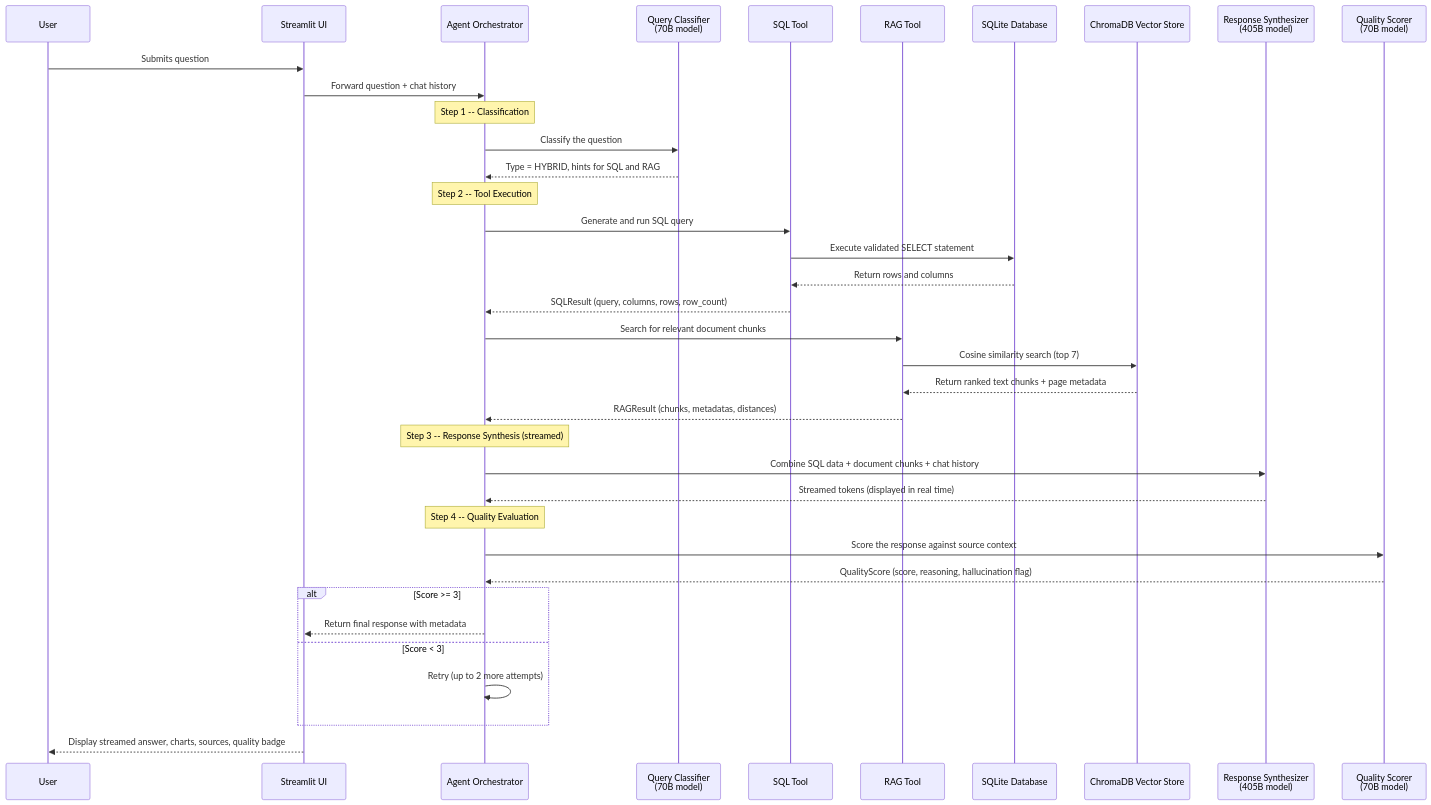
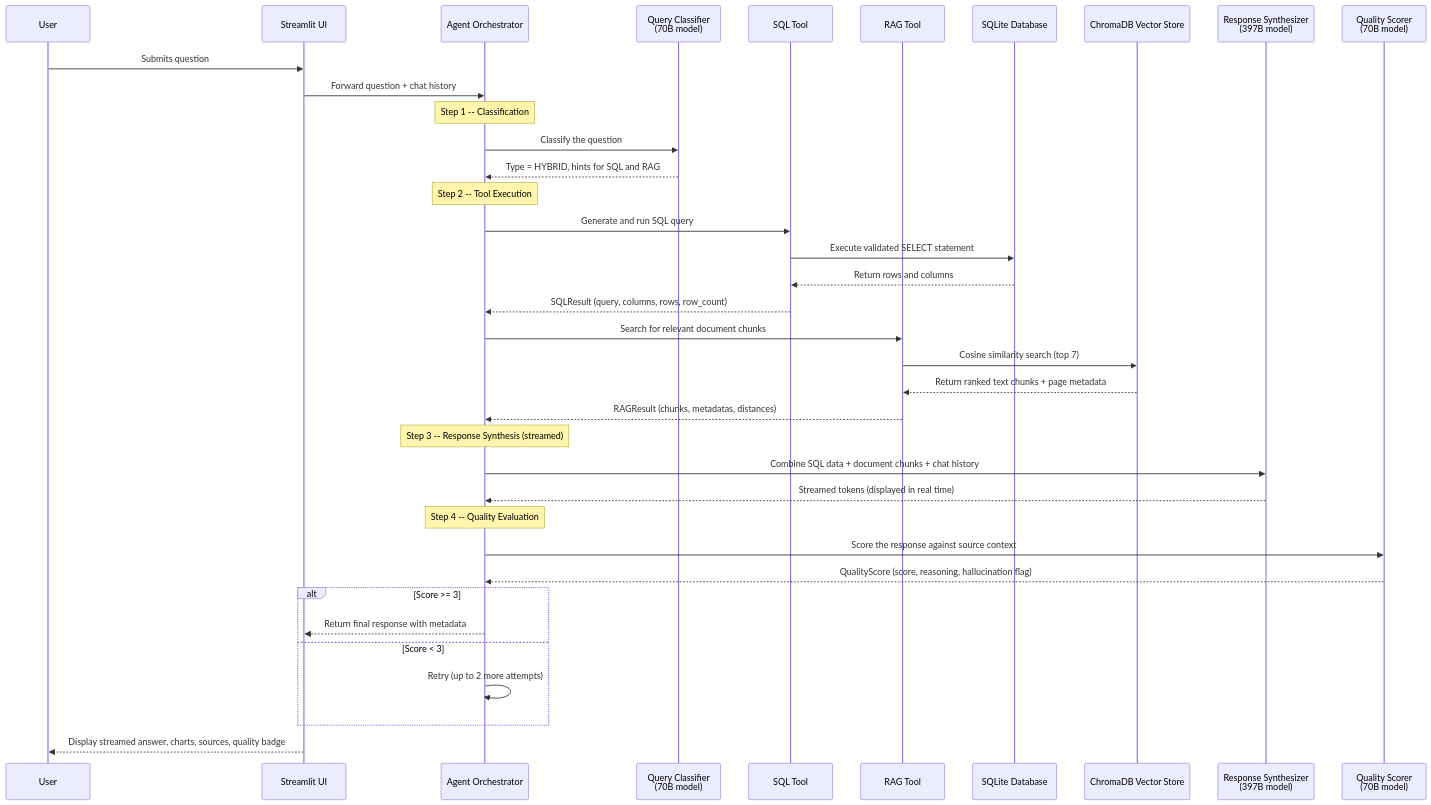
One commit to corneliusjustin/fraud-qna-chatbot changed the second of 2 diagrams in README.md. Above: the diagram before and after it, drawn with Mermaid. The commit also changed other lines of this file, not shown here.

Commit message:
chore: update model

````diff
--- a/README.md
+++ b/README.md
@@ -64,47 +64,47 @@
 ```mermaid
 sequenceDiagram
     participant User
     participant Streamlit as Streamlit UI
     participant Agent as Agent Orchestrator
     participant Classifier as Query Classifier<br/>(70B model)
     participant SQL as SQL Tool
     participant RAG as RAG Tool
     participant DB as SQLite Database
     participant VS as ChromaDB Vector Store
-    participant Synth as Response Synthesizer<br/>(405B model)
+    participant Synth as Response Synthesizer<br/>(397B model)
     participant Scorer as Quality Scorer<br/>(70B model)
 
     User->>Streamlit: Submits question
     Streamlit->>Agent: Forward question + chat history
 
     Note over Agent: Step 1 -- Classification
     Agent->>Classifier: Classify the question
     Classifier-->>Agent: Type = HYBRID, hints for SQL and RAG
 
     Note over Agent: Step 2 -- Tool Execution
     Agent->>SQL: Generate and run SQL query
     SQL->>DB: Execute validated SELECT statement
     DB-->>SQL: Return rows and columns
     SQL-->>Agent: SQLResult (query, columns, rows, row_count)
 
     Agent->>RAG: Search for relevant document chunks
     RAG->>VS: Cosine similarity search (top 7)
     VS-->>RAG: Return ranked text chunks + page metadata
     RAG-->>Agent: RAGResult (chunks, metadatas, distances)
 
     Note over Agent: Step 3 -- Response Synthesis (streamed)
     Agent->>Synth: Combine SQL data + document chunks + chat history
     Synth-->>Agent: Streamed tokens (displayed in real time)
 
     Note over Agent: Step 4 -- Quality Evaluation
     Agent->>Scorer: Score the response against source context
     Scorer-->>Agent: QualityScore (score, reasoning, hallucination flag)
 
     alt Score >= 3
         Agent-->>Streamlit: Return final response with metadata
     else Score < 3
         Agent->>Agent: Retry (up to 2 more attempts)
     end
 
     Streamlit-->>User: Display streamed answer, charts, sources, quality badge
 ```
````
